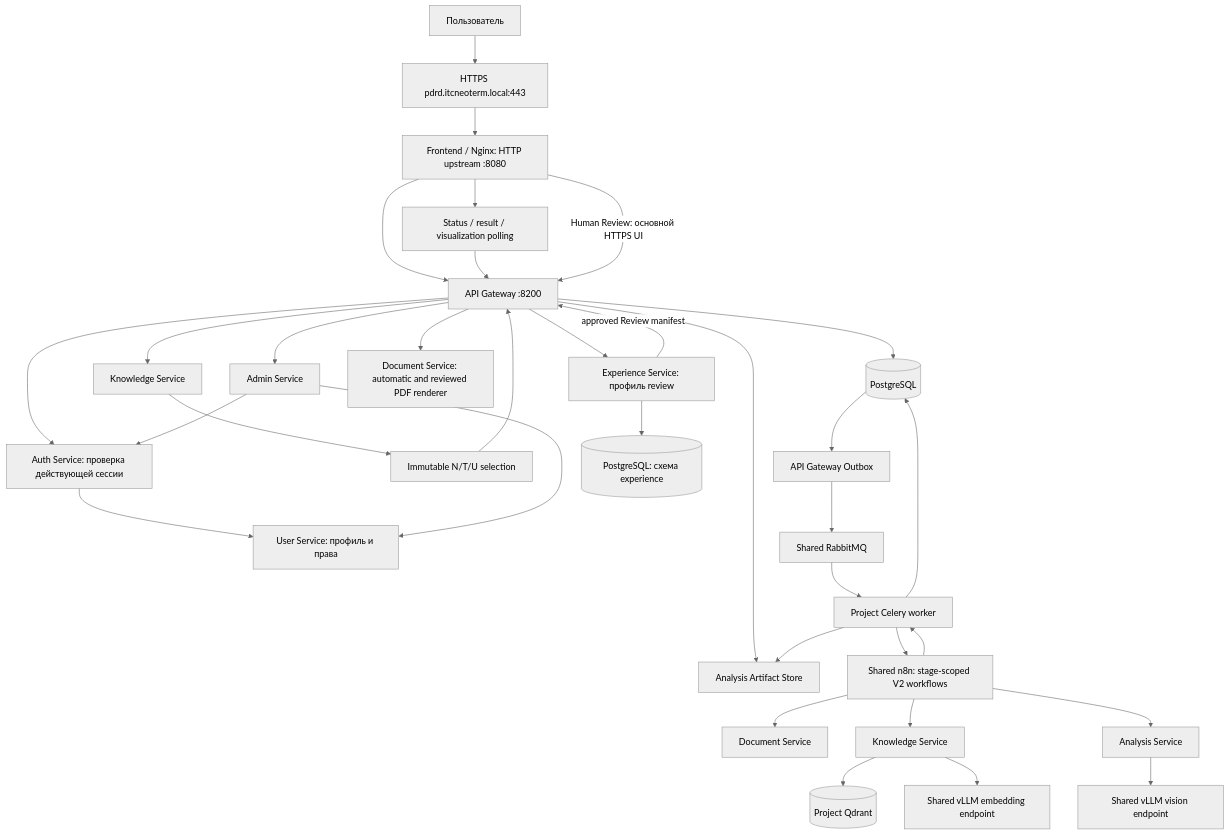
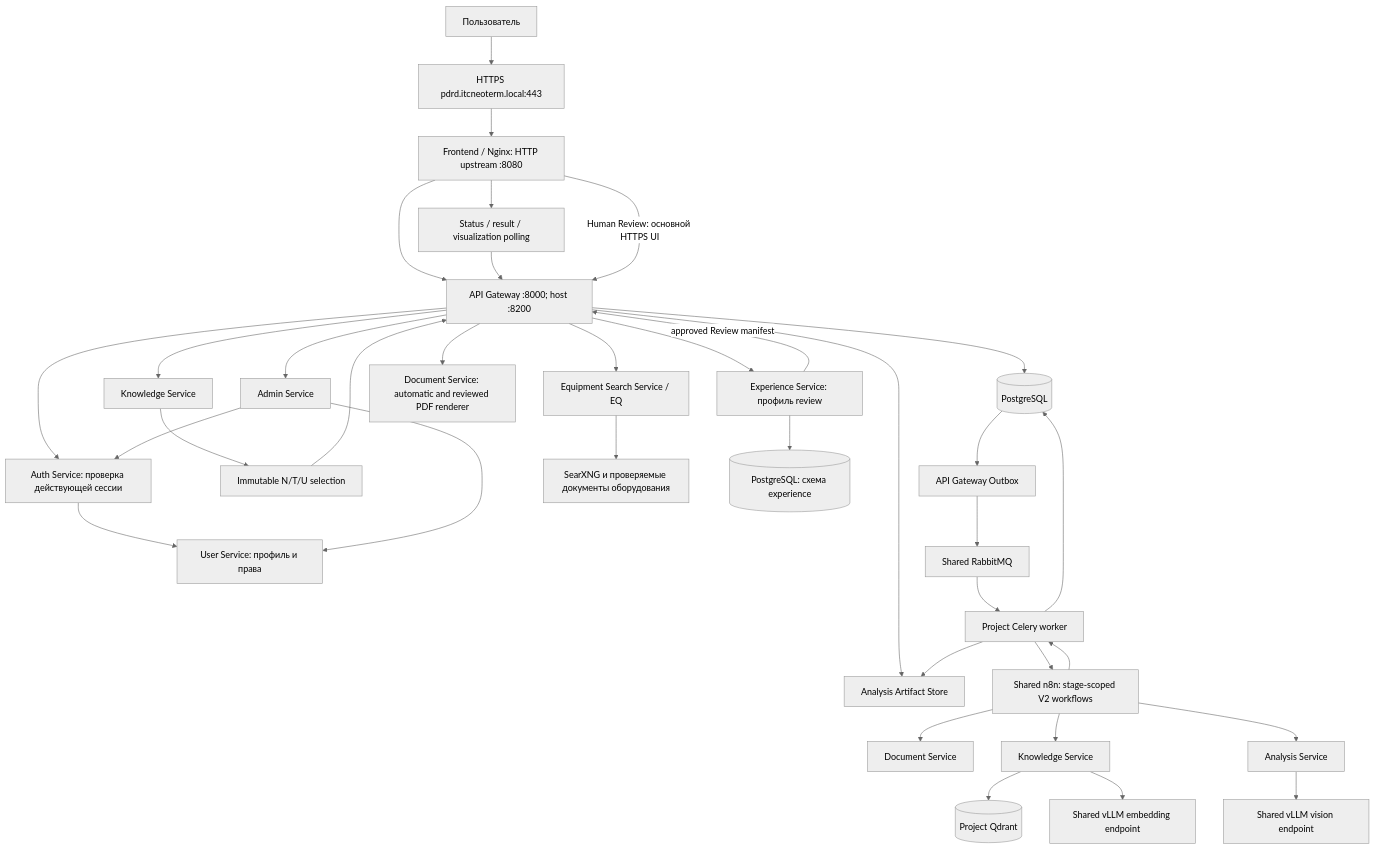
Before and after one commit to Amadu-A/PDRD-validation: the first of 34 diagrams in README.md, drawn with Mermaid (neutral theme). The commit also changed other lines of this file and 57 other files, not shown here.

````diff
--- a/README.md
+++ b/README.md
@@ -145,36 +147,38 @@
 ```mermaid
 flowchart TD
     U["Пользователь"] --> TLS["HTTPS pdrd.itcneoterm.local:443"]
     TLS --> FE["Frontend / Nginx: HTTP upstream :8080"]
-    FE --> GW["API Gateway :8200"]
+    FE --> GW["API Gateway :8000; host :8200"]
     GW --> AUTH["Auth Service: проверка действующей сессии"]
     AUTH --> US["User Service: профиль и права"]
     GW --> ADMIN["Admin Service"]
     ADMIN --> US
     ADMIN --> AUTH
     GW --> FS["Analysis Artifact Store"]
     GW --> KS["Knowledge Service"]
     KS --> RESOLVE["Immutable N/T/U selection"]
     RESOLVE --> GW
     GW --> PG[("PostgreSQL")]
     PG --> O["API Gateway Outbox"]
     O --> RMQ["Shared RabbitMQ"]
     RMQ --> W["Project Celery worker"]
     W --> N8N["Shared n8n: stage-scoped V2 workflows"]
     N8N --> DS["Document Service"]
     N8N --> KS2["Knowledge Service"]
     N8N --> AS["Analysis Service"]
     KS2 --> QD[("Project Qdrant")]
     KS2 --> EMB["Shared vLLM embedding endpoint"]
     AS --> VLM["Shared vLLM vision endpoint"]
+    GW --> EQS["Equipment Search Service / EQ"]
+    EQS --> WEB["SearXNG и проверяемые документы оборудования"]
     N8N --> W
     W --> PG
     W --> FS
     FE --> POLL["Status / result / visualization polling"]
     POLL --> GW
     GW --> DS2["Document Service: automatic and reviewed PDF renderer"]
     FE -->|Human Review: основной HTTPS UI| GW
     GW --> EXP["Experience Service: профиль review"]
     EXP --> RP[("PostgreSQL: схема experience")]
     EXP -->|approved Review manifest| GW
 ```
````
